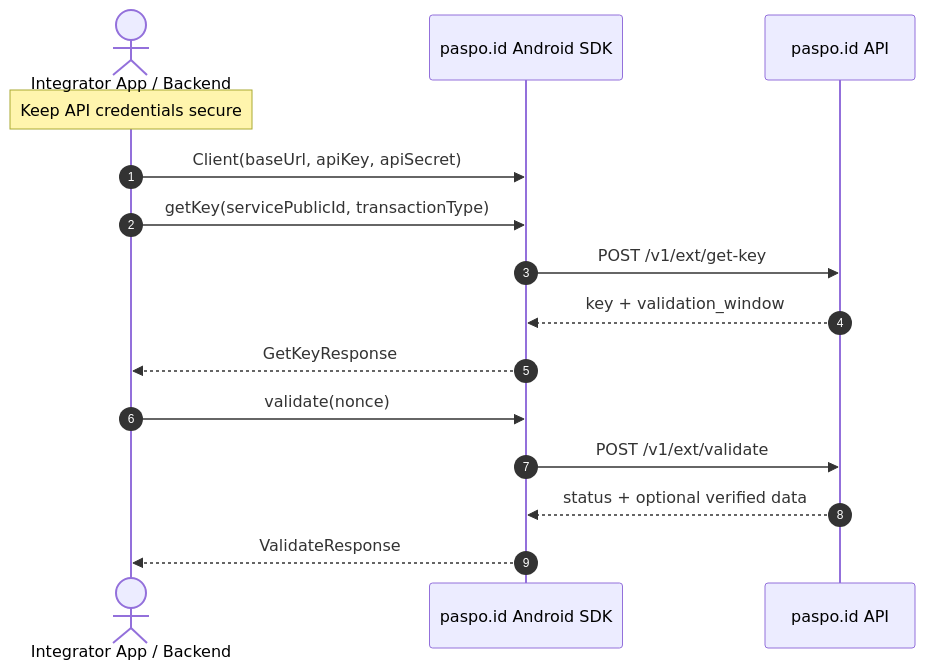
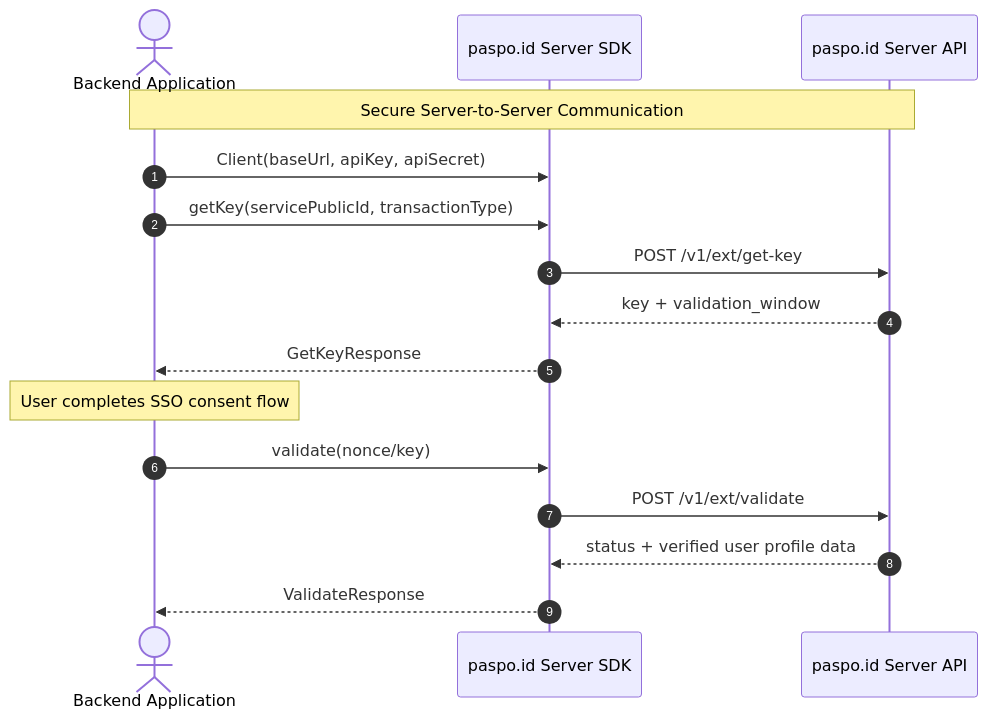
The diagram in README.md (paspoid/server-api-java), drawn with Mermaid before and after one commit. The commit also changed other lines of this file and 31 other files, not shown here.

Commit message:
refactor: migrate SDK from Android library to generic JVM library with updated build configuration and documentation

````diff
--- a/README.md
+++ b/README.md
@@ -66,21 +157,23 @@
 ```mermaid
 sequenceDiagram
     autonumber
 
-    actor Backend as Integrator App / Backend
-    participant SDK as paspo.id Android SDK
-    participant API as paspo.id API
+    actor Application as Backend Application
+    participant SDK as paspo.id Server SDK
+    participant API as paspo.id Server API
 
-    Note over Backend: Keep API credentials secure
+    Note over Application,API: Secure Server-to-Server Communication
 
-    Backend->>SDK: Client(baseUrl, apiKey, apiSecret)
-    Backend->>SDK: getKey(servicePublicId, transactionType)
+    Application->>SDK: Client(baseUrl, apiKey, apiSecret)
+    Application->>SDK: getKey(servicePublicId, transactionType)
     SDK->>API: POST /v1/ext/get-key
     API-->>SDK: key + validation_window
-    SDK-->>Backend: GetKeyResponse
+    SDK-->>Application: GetKeyResponse
 
-    Backend->>SDK: validate(nonce)
+    Note over Application: User completes SSO consent flow
+
+    Application->>SDK: validate(nonce/key)
     SDK->>API: POST /v1/ext/validate
-    API-->>SDK: status + optional verified data
-    SDK-->>Backend: ValidateResponse
+    API-->>SDK: status + verified user profile data
+    SDK-->>Application: ValidateResponse
 ```
````
